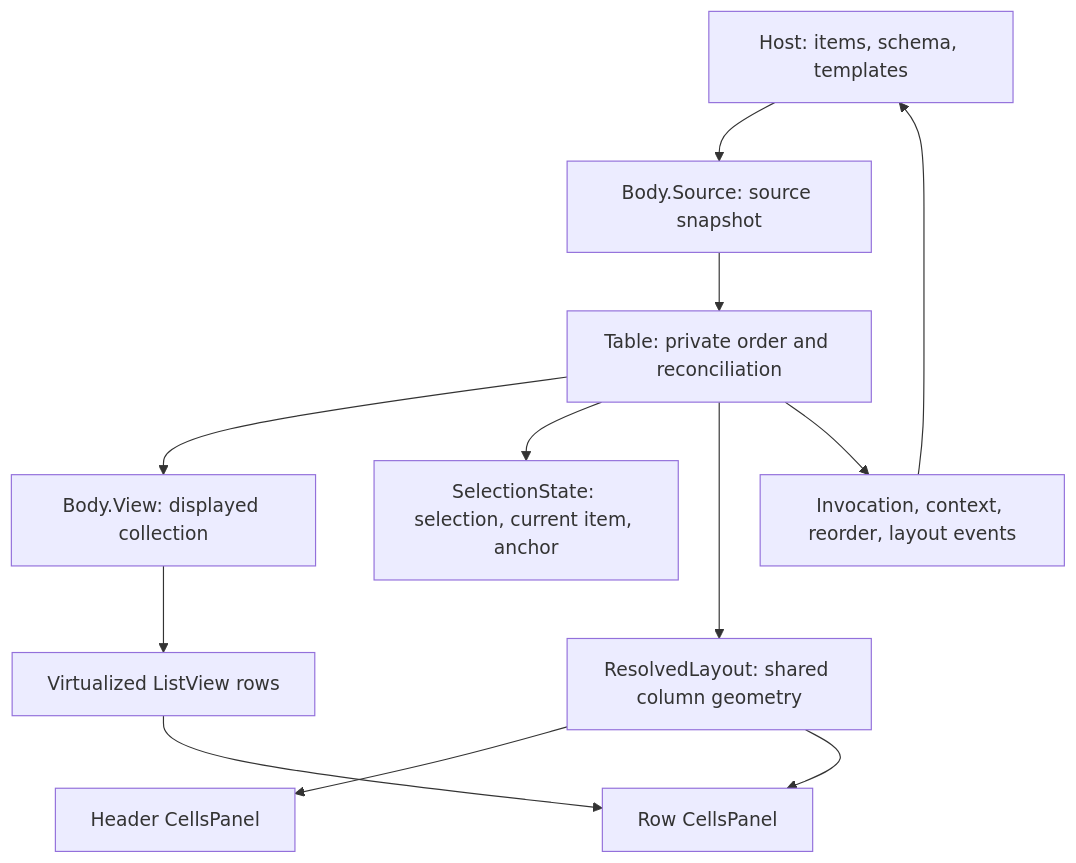
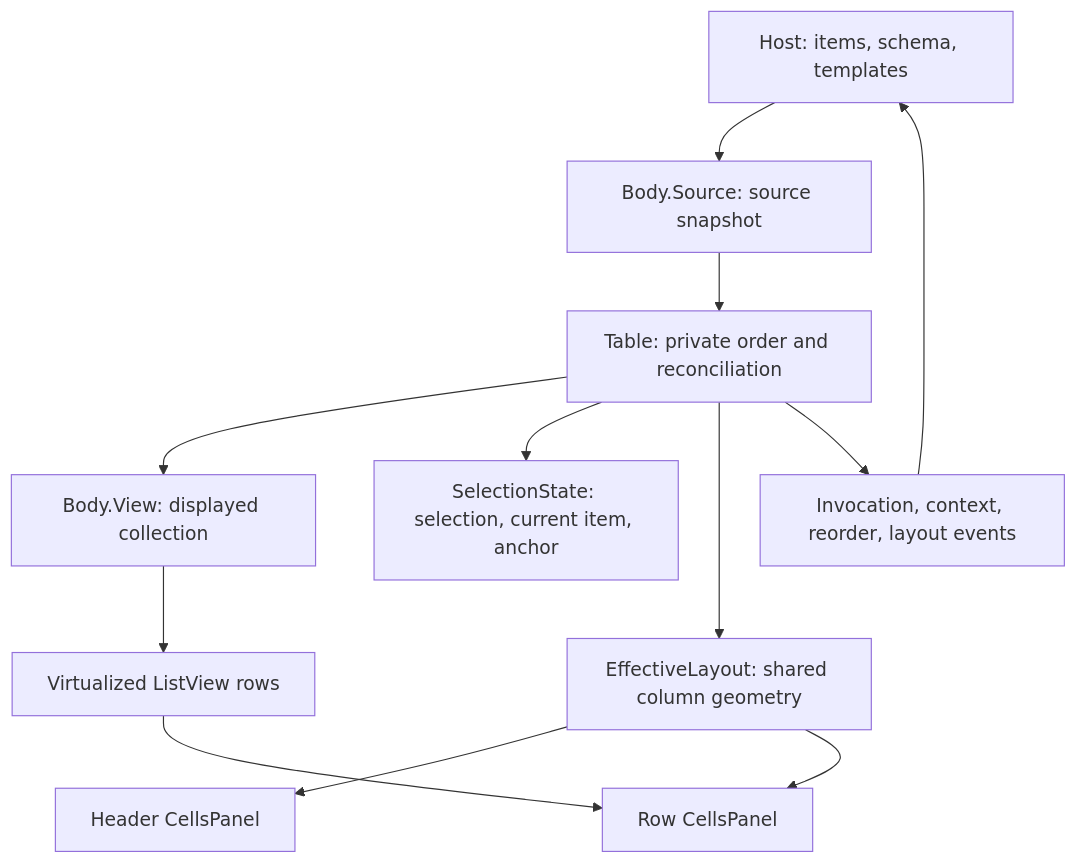
One commit to SynoSoftware/TinyTorrent2 changed the second of 2 diagrams in docs/architecture-current.md. Above: the diagram before and after it, drawn with Mermaid. The commit also changed other lines of this file and 260 other files, not shown here.

````diff
--- a/docs/architecture-current.md
+++ b/docs/architecture-current.md
@@ -134,14 +134,14 @@
 ```mermaid
 flowchart TB
     Host["Host: items, schema, templates"] --> Source["Body.Source: source snapshot"]
     Source --> Control["Table: private order and reconciliation"]
     Control --> View["Body.View: displayed collection"]
     View --> Rows["Virtualized ListView rows"]
     Control --> Selection["SelectionState: selection, current item, anchor"]
-    Control --> Geometry["ResolvedLayout: shared column geometry"]
+    Control --> Geometry["EffectiveLayout: shared column geometry"]
     Geometry --> Header["Header CellsPanel"]
     Geometry --> Cells["Row CellsPanel"]
     Rows --> Cells
     Control --> Events["Invocation, context, reorder, layout events"]
     Events --> Host
 ```
````
